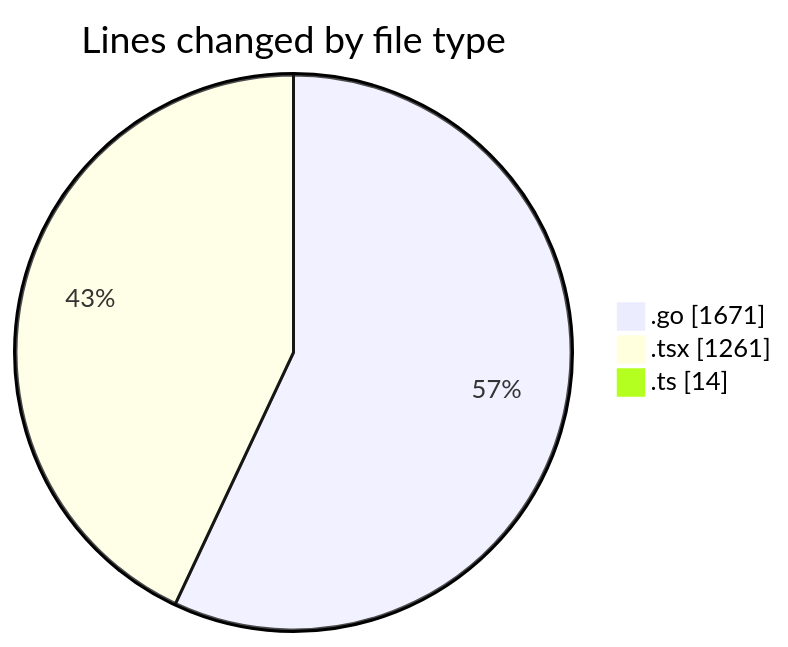
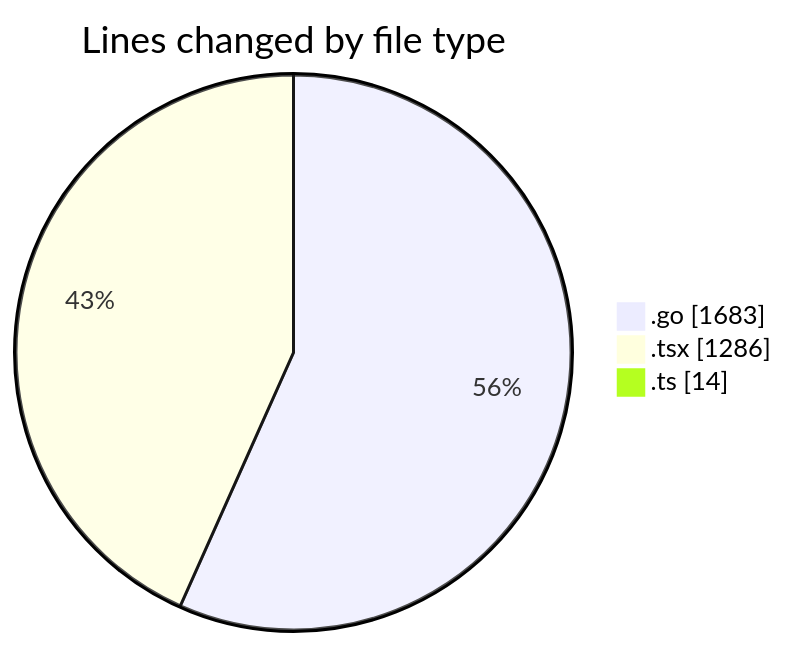
Before and after one commit to robertbonfada/code-tracking: the first of 2 diagrams in 2025-03-05/termonied_testador/README.md, drawn with Mermaid. The commit also changed other lines of this file and 1 other file, not shown here.

````diff
--- a/2025-03-05/termonied_testador/README.md
+++ b/2025-03-05/termonied_testador/README.md
@@ -31,7 +31,7 @@
 ```mermaid
 pie showData
 title Lines changed by file type
-".go" : 1671
-".tsx" : 1261
+".go" : 1683
+".tsx" : 1286
 ".ts" : 14
 ```
````
